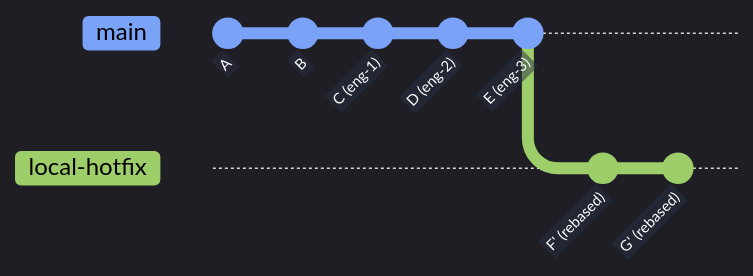
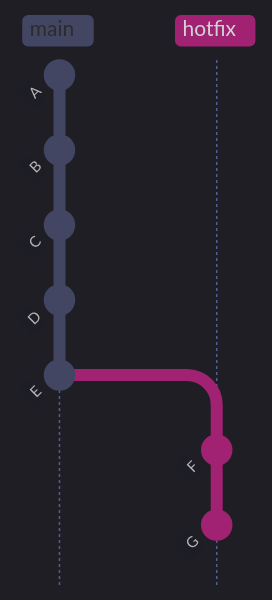
The second of 8 diagrams in content/08-Git/13-git-problems.md (alp78/elysium), drawn with Mermaid before and after one commit. The commit also changed other lines of this file and 13 other files, not shown here.

````diff
--- a/content/08-Git/13-git-problems.md
+++ b/content/08-Git/13-git-problems.md
@@ -265,21 +334,23 @@
 ```mermaid
 %%{init: {'theme': 'dark', 'themeVariables': {
-  'git0': '#7aa2f7', 'git1': '#9ece6a', 'git2': '#e0af68', 'git3': '#f7768e',
-  'git4': '#bb9af7', 'git5': '#7dcfff', 'git6': '#73daca', 'git7': '#ff9e64',
-  'gitBranchLabel0': '#000000', 'gitBranchLabel1': '#000000',
-  'gitBranchLabel2': '#000000', 'gitBranchLabel3': '#000000',
-  'gitBranchLabel4': '#000000', 'gitBranchLabel5': '#000000',
-  'gitBranchLabel6': '#000000', 'gitBranchLabel7': '#000000',
-  'commitLabelColor': '#ffffff', 'commitLabelBackground': '#292e42',
-  'tagLabelColor': '#c0caf5', 'tagLabelBackground': '#292e42', 'tagLabelBorder': '#565f89'
-}}}%%
-gitGraph
+  'primaryColor': '#292e42',
+  'primaryTextColor': '#c0caf5',
+  'primaryBorderColor': '#565f89',
+  'lineColor': '#565f89',
+  'secondaryColor': '#1a1b26',
+  'tertiaryColor': '#24283b',
+  'noteTextColor': '#c0caf5',
+  'noteBkgColor': '#292e42',
+  'textColor': '#c0caf5',
+  'fontSize': '14px'
+}, 'gitGraph': {'mainBranchName': 'main'}}}%%
+gitGraph TB:
   commit id: "A"
   commit id: "B"
-  commit id: "C (eng-1)"
-  commit id: "D (eng-2)"
-  commit id: "E (eng-3)"
-  branch local-hotfix
-  commit id: "F' (rebased)"
-  commit id: "G' (rebased)"
+  commit id: "C"
+  commit id: "D"
+  commit id: "E"
+  branch hotfix
+  commit id: "F"
+  commit id: "G"
 ```
````
